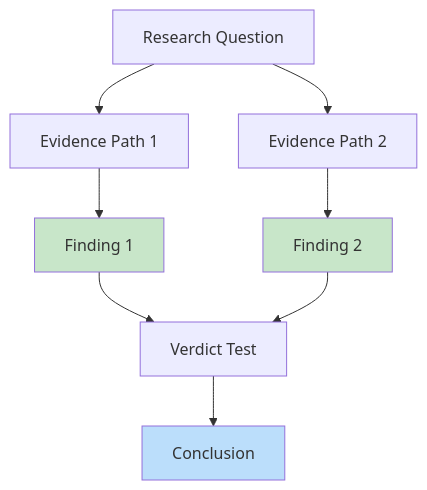
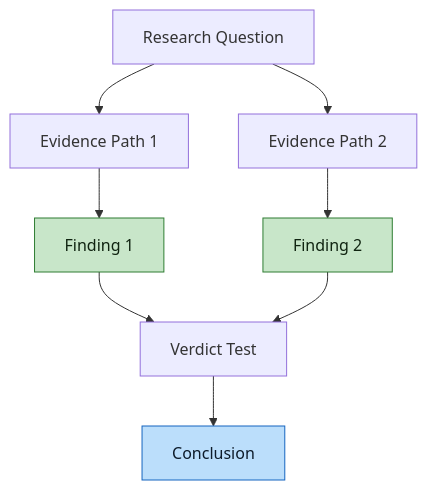
Before and after one commit to zcopley/copley-family-research: the ninth of 10 diagrams in MERMAID_DIAGRAM_GUIDE.md, drawn with Mermaid. The commit also changed other lines of this file and 14 other files, not shown here.

Commit message:
Enforce Mermaid diagram contrast

````diff
--- a/MERMAID_DIAGRAM_GUIDE.md
+++ b/MERMAID_DIAGRAM_GUIDE.md
@@ -294,19 +308,19 @@
 ```mermaid
 flowchart TD
     QUESTION["Research Question"]
     
     QUESTION --> PATH1["Evidence Path 1"]
     QUESTION --> PATH2["Evidence Path 2"]
     
     PATH1 --> FINDING1["Finding 1"]
     PATH2 --> FINDING2["Finding 2"]
     
     FINDING1 --> TEST["Verdict Test"]
     FINDING2 --> TEST
     
     TEST --> VERDICT["Conclusion"]
     
-    style FINDING1 fill:#c8e6c9
-    style FINDING2 fill:#c8e6c9
-    style VERDICT fill:#bbdefb
+    style FINDING1 fill:#c8e6c9,stroke:#2e7d32,color:#102411
+    style FINDING2 fill:#c8e6c9,stroke:#2e7d32,color:#102411
+    style VERDICT fill:#bbdefb,stroke:#1565c0,color:#0d1b2a
 ```
````
